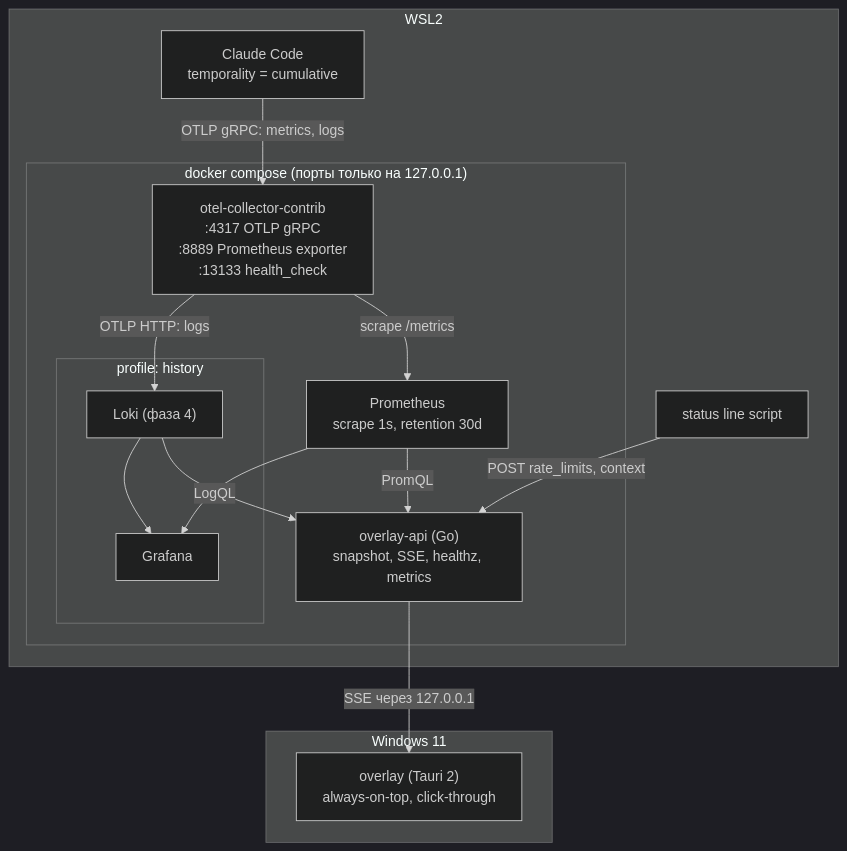
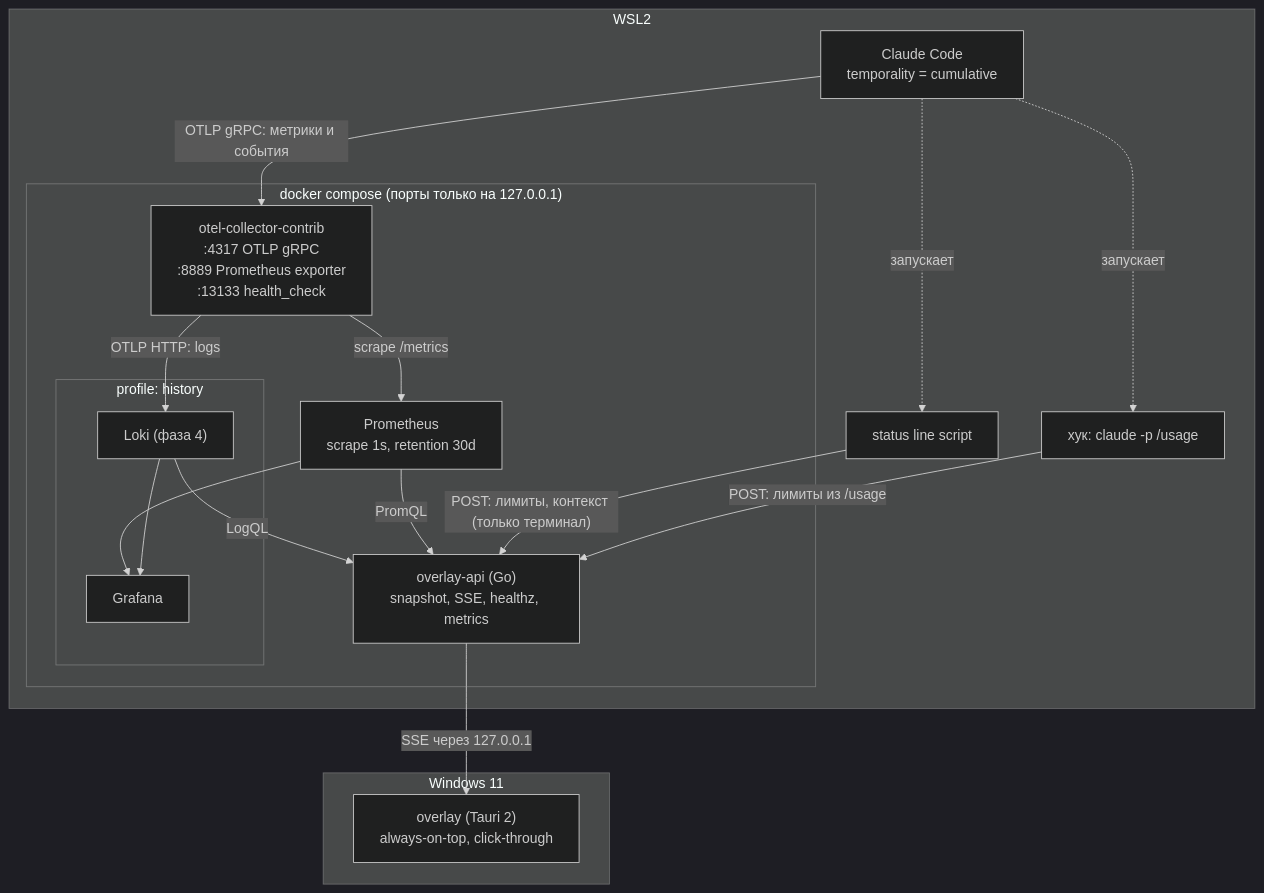
One commit to smetr1x/cc-overlay changed the diagram in docs/architecture.md. Above: the diagram before and after it, drawn with Mermaid (dark theme). The commit also changed other lines of this file and 28 other files, not shown here.

First line of the commit message:
feat: subscription limits and context usage for VS Code extension sessions

````diff
--- a/docs/architecture.md
+++ b/docs/architecture.md
@@ -7,29 +7,33 @@
 ```mermaid
 flowchart TB
     subgraph WSL["WSL2"]
         CC["Claude Code<br/>temporality = cumulative"]
         SL["status line script"]
+        HOOK["хук: claude -p /usage"]
         subgraph compose["docker compose (порты только на 127.0.0.1)"]
             COL["otel-collector-contrib<br/>:4317 OTLP gRPC<br/>:8889 Prometheus exporter<br/>:13133 health_check"]
             PROM["Prometheus<br/>scrape 1s, retention 30d"]
             API["overlay-api (Go)<br/>snapshot, SSE, healthz, metrics"]
             subgraph history["profile: history"]
                 LOKI["Loki (фаза 4)"]
                 GRAF["Grafana"]
             end
         end
     end
     subgraph WIN["Windows 11"]
         OVL["overlay (Tauri 2)<br/>always-on-top, click-through"]
     end
 
-    CC -- "OTLP gRPC: metrics, logs" --> COL
+    CC -- "OTLP gRPC: метрики и события" --> COL
+    CC -. "запускает" .-> SL
+    CC -. "запускает" .-> HOOK
     COL -- "scrape /metrics" --> PROM
     COL -- "OTLP HTTP: logs" --> LOKI
     PROM -- "PromQL" --> API
     LOKI -- "LogQL" --> API
-    SL -- "POST rate_limits, context" --> API
+    SL -- "POST: лимиты, контекст (только терминал)" --> API
+    HOOK -- "POST: лимиты из /usage" --> API
     PROM --> GRAF
     LOKI --> GRAF
     API -- "SSE через 127.0.0.1" --> OVL
 ```
````
